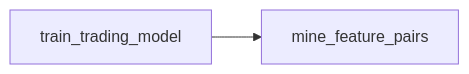
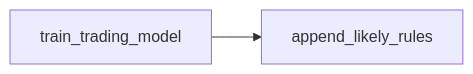
One commit to Hoai-Viet/Stock_Prediction changed the fifth of 5 diagrams in PROJECT_DOCUMENTATION.md. Above: the diagram before and after it, drawn with Mermaid. The commit also changed other lines of this file and 4 other files, not shown here.

````diff
--- a/PROJECT_DOCUMENTATION.md
+++ b/PROJECT_DOCUMENTATION.md
@@ -451,4 +452,4 @@
 ```mermaid
 flowchart LR
-    A[train_trading_model] --> B[mine_feature_pairs]
+    A[train_trading_model] --> B[append_likely_rules]
 ```
````
